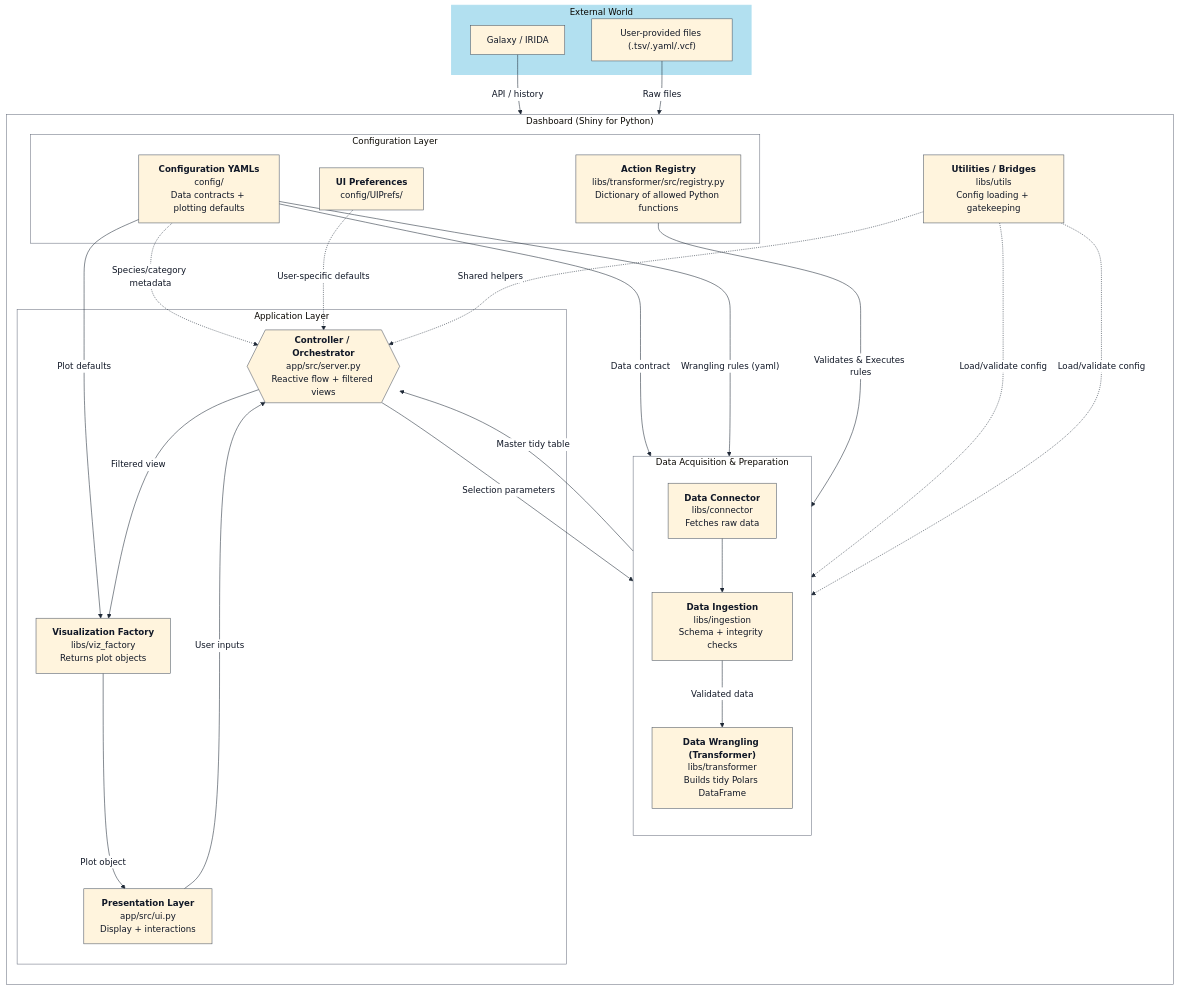
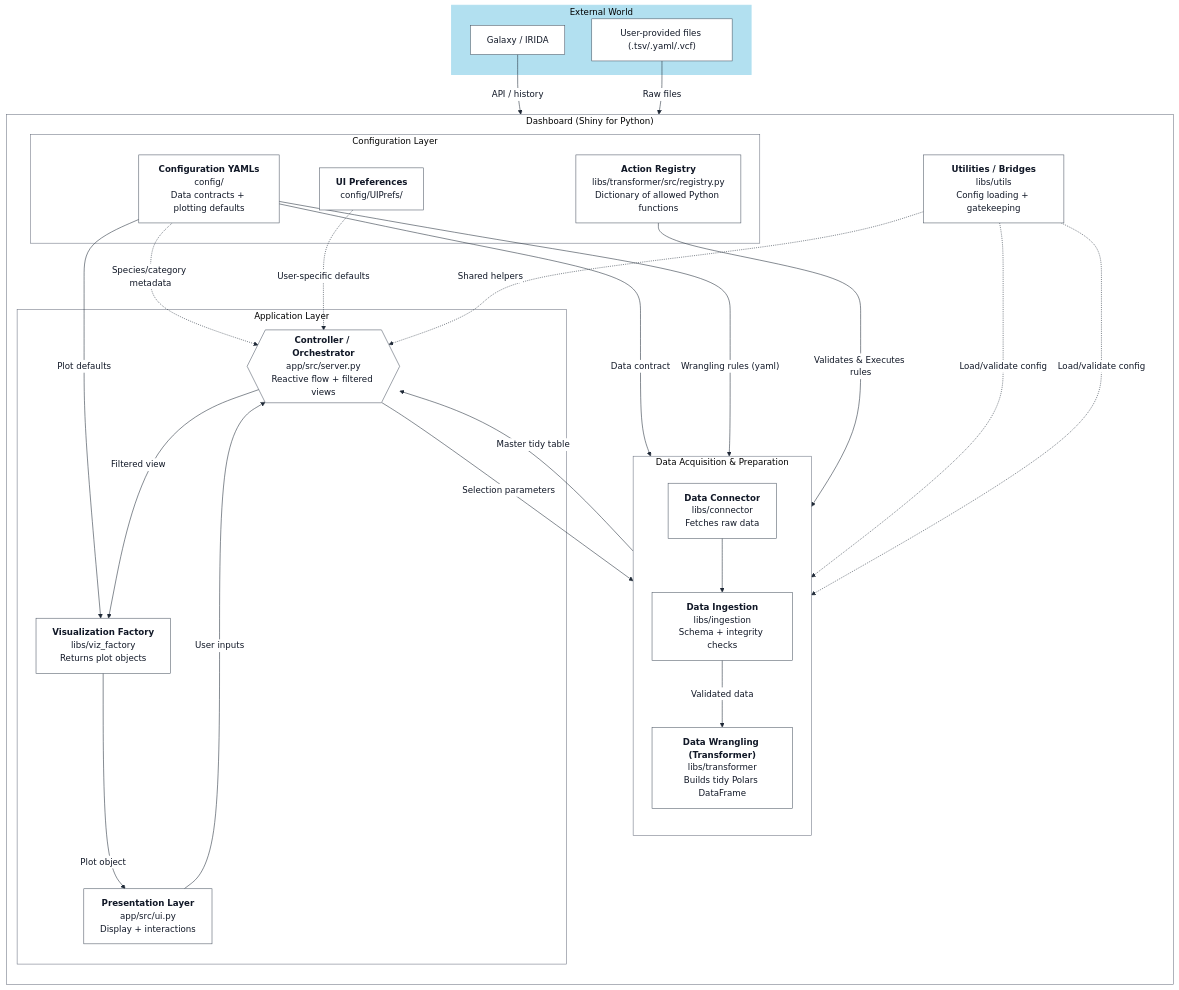
One commit to NorwegianVeterinaryInstitute/SPARMVET_VIZ changed the diagram in docs/architecture/_mermaid.mmd. Above: the diagram before and after it, drawn with Mermaid. The commit also changed 7 other files, not shown here.

Commit message:
refactor: restructure documentation navigation and formalize data contract architecture with new ADR and updated pipeline definitions

```diff
--- a/docs/architecture/_mermaid.mmd
+++ b/docs/architecture/_mermaid.mmd
@@ -1,77 +1,79 @@
 %%{init: {
     "theme": "base",
     "themeVariables": {
-        "clusterBkg": "transparent",
+        "primaryColor": "#ffffff",
+        "tertiaryColor": "#ffffff",
+        "clusterBkg": "#ffffff",
         "clusterBorder": "#6b7280",
         "lineColor": "#1f2937",
         "primaryBorderColor": "#4b5563",
         "primaryTextColor": "#111827",
         "edgeLabelBackground": "#ffffff",
         "stroke-width": "8px",
         "stroke": "#b2e0f0"
     }
 }}%%
 
 
 %% "primaryColor": "transparent",
 %% "secondaryColor": "transparent",
 %% "tertiaryColor": "transparent",
         
 
 
 
 graph TD
     subgraph Ext["External World"]
         Galaxy["Galaxy / IRIDA"]
         Upload["User-provided files (.tsv/.yaml/.vcf)"]
     end
 
     subgraph Dash["Dashboard (Shiny for Python)"]
         direction TB
 
         subgraph DataPath["Data Acquisition & Preparation"]
             direction TB
             Connector["<b>Data Connector</b><br/>libs/connector<br/>Fetches raw data"]
             Ingest["<b>Data Ingestion</b><br/>libs/ingestion<br/>Schema + integrity checks"]
             Transform["<b>Data Wrangling (Transformer)</b><br/>libs/transformer<br/>Builds tidy Polars DataFrame"]
         end
 
         subgraph ConfigLayer["Configuration Layer"]
             Config["<b>Configuration YAMLs</b><br/>config/<br/>Data contracts + plotting defaults"]
             ActionReg["<b>Action Registry</b><br/>libs/transformer/src/registry.py<br/>Dictionary of allowed Python functions"]
             UIPrefs["<b>UI Preferences</b><br/>config/UIPrefs/"]
         end
 
         Utils["<b>Utilities / Bridges</b><br/>libs/utils<br/>Config loading + gatekeeping"]
 
         subgraph AppLayer["Application Layer"]
             Controller{{"<b>Controller / Orchestrator</b><br/>app/src/server.py<br/>Reactive flow + filtered views"}}
             Factory["<b>Visualization Factory</b><br/>libs/viz_factory<br/>Returns plot objects"]
             UI["<b>Presentation Layer</b><br/>app/src/ui.py<br/>Display + interactions"]
         end
     end
 
     Galaxy -->|"API / history"| Connector
     Upload -->|"Raw files"| Ingest
     Connector --> Ingest
     Ingest -->|"Validated data"| Transform
 
     Config -->|"Data contract"| Ingest
     Config -->|"Wrangling rules (yaml)"| Transform
     ActionReg -->|"Validates & Executes rules"| Transform
     Config -->|"Plot defaults"| Factory
     Config -.->|"Species/category metadata"| Controller
     UIPrefs -.->|"User-specific defaults"| Controller
 
     Utils -.->|"Load/validate config"| Ingest
     Utils -.->|"Load/validate config"| Transform
     Utils -.->|"Shared helpers"| Controller
 
     Transform -->|"Master tidy table"| Controller
     Controller -->|"Filtered view"| Factory
     Factory -->|"Plot object"| UI
     UI -->|"User inputs"| Controller
     Controller -->|"Selection parameters"| Transform
 
     %% Styling
     style Ext fill:#b2e0f0,stroke:#b2e0f0,stroke-width:2px
```
